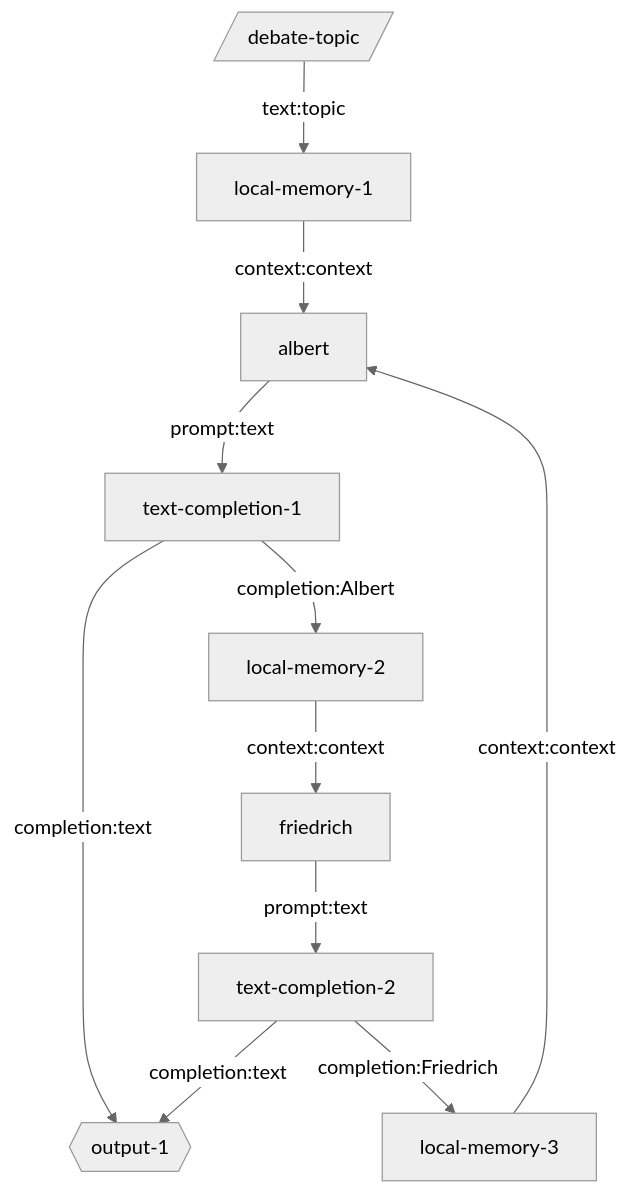
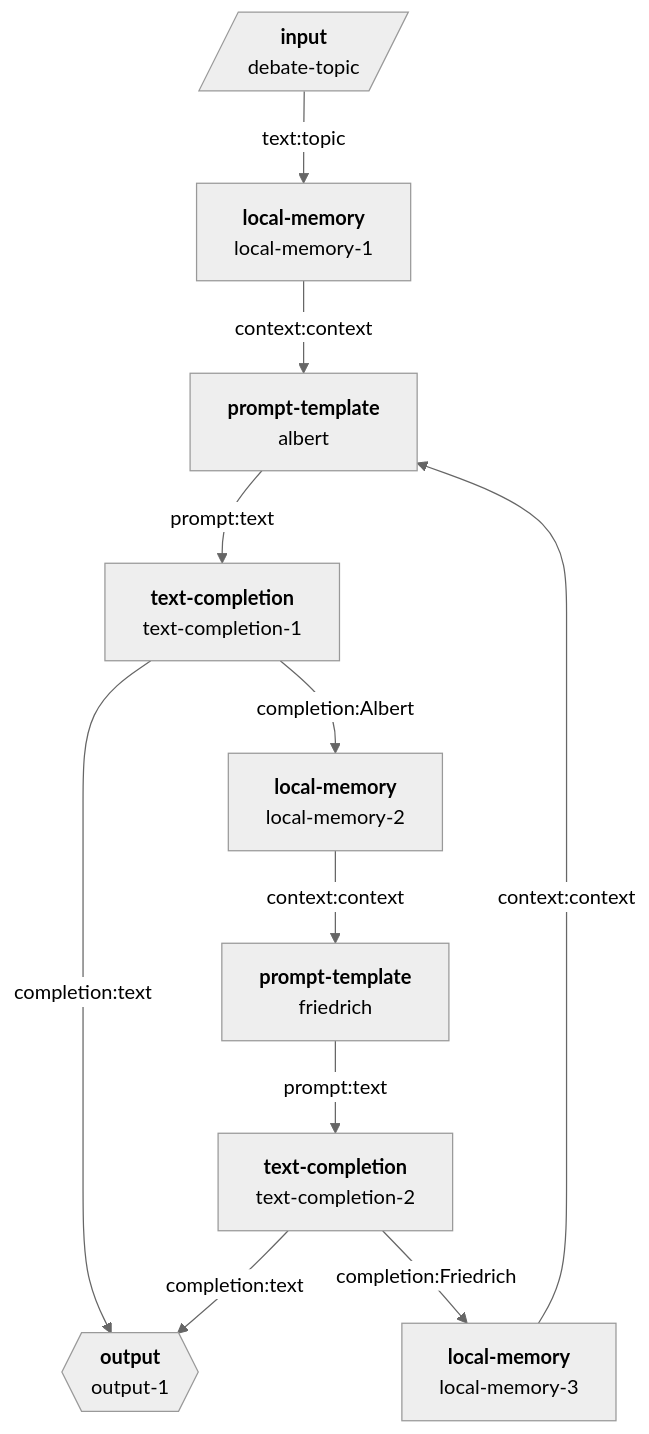
Before and after one commit to breadboard-ai/breadboard: the diagram in seeds/graph-playground/docs/graphs/endless-debate.md, drawn with Mermaid (neutral theme). The commit also changed 11 other files, not shown here.

Commit message:
[graph-playground] Show node types.

````diff
--- a/seeds/graph-playground/docs/graphs/endless-debate.md
+++ b/seeds/graph-playground/docs/graphs/endless-debate.md
@@ -4,13 +4,33 @@
 ```mermaid
 graph TD;
-debate-topic[/debate-topic/] -- text:topic --> local-memory-1
-local-memory-1 -- context:context --> albert
-albert -- prompt:text --> text-completion-1
-text-completion-1 -- completion:text --> output-1{{output-1}}
-text-completion-1 -- completion:Albert --> local-memory-2
-local-memory-2 -- context:context --> friedrich
-friedrich -- prompt:text --> text-completion-2
-text-completion-2 -- completion:text --> output-1{{output-1}}
-text-completion-2 -- completion:Friedrich --> local-memory-3
-local-memory-3 -- context:context --> albert
+debate-topic[/"`**input**
+debate-topic`"/]:::input -- text:topic --> local-memory-1["`**local-memory**
+local-memory-1`"]
+local-memory-1["`**local-memory**
+local-memory-1`"] -- context:context --> albert["`**prompt-template**
+albert`"]
+albert["`**prompt-template**
+albert`"] -- prompt:text --> text-completion-1["`**text-completion**
+text-completion-1`"]
+text-completion-1["`**text-completion**
+text-completion-1`"] -- completion:text --> output-1{{"`**output**
+output-1`"}}:::output
+text-completion-1["`**text-completion**
+text-completion-1`"] -- completion:Albert --> local-memory-2["`**local-memory**
+local-memory-2`"]
+local-memory-2["`**local-memory**
+local-memory-2`"] -- context:context --> friedrich["`**prompt-template**
+friedrich`"]
+friedrich["`**prompt-template**
+friedrich`"] -- prompt:text --> text-completion-2["`**text-completion**
+text-completion-2`"]
+text-completion-2["`**text-completion**
+text-completion-2`"] -- completion:text --> output-1{{"`**output**
+output-1`"}}:::output
+text-completion-2["`**text-completion**
+text-completion-2`"] -- completion:Friedrich --> local-memory-3["`**local-memory**
+local-memory-3`"]
+local-memory-3["`**local-memory**
+local-memory-3`"] -- context:context --> albert["`**prompt-template**
+albert`"]
 ```
````
